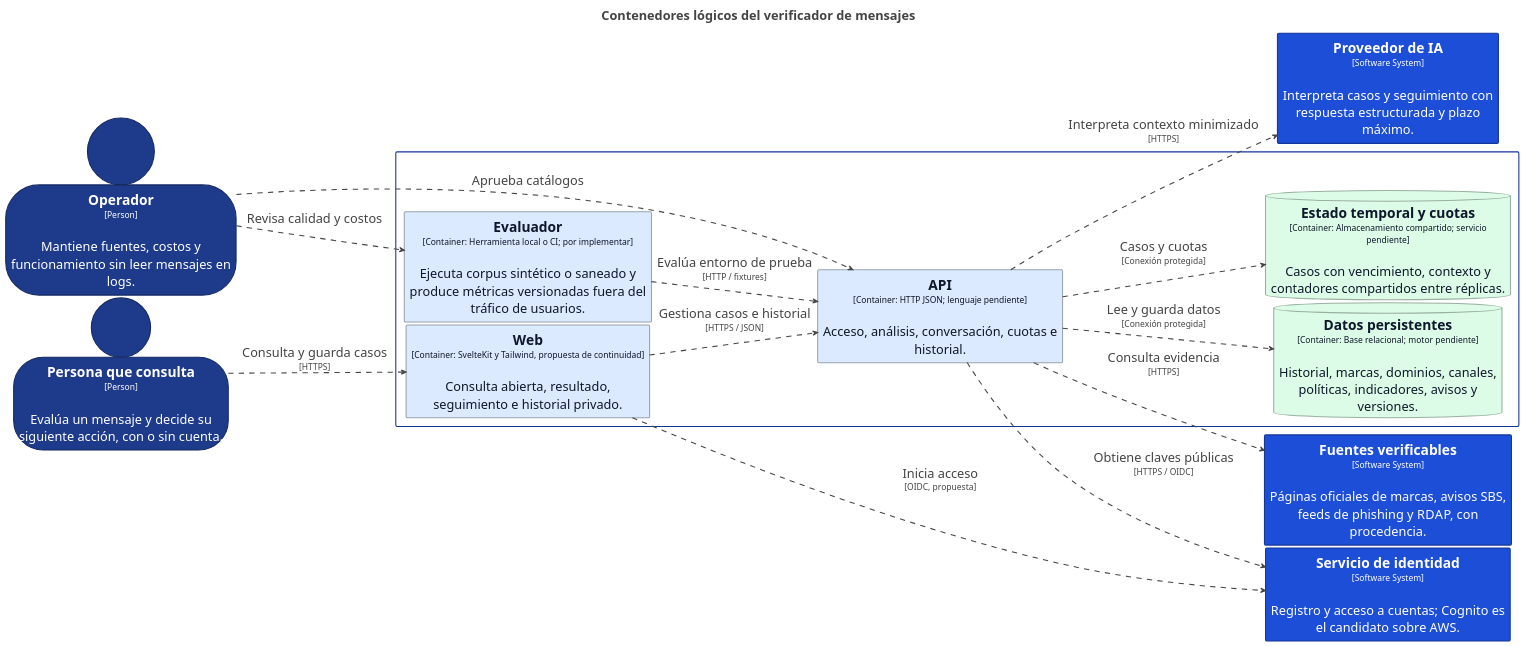
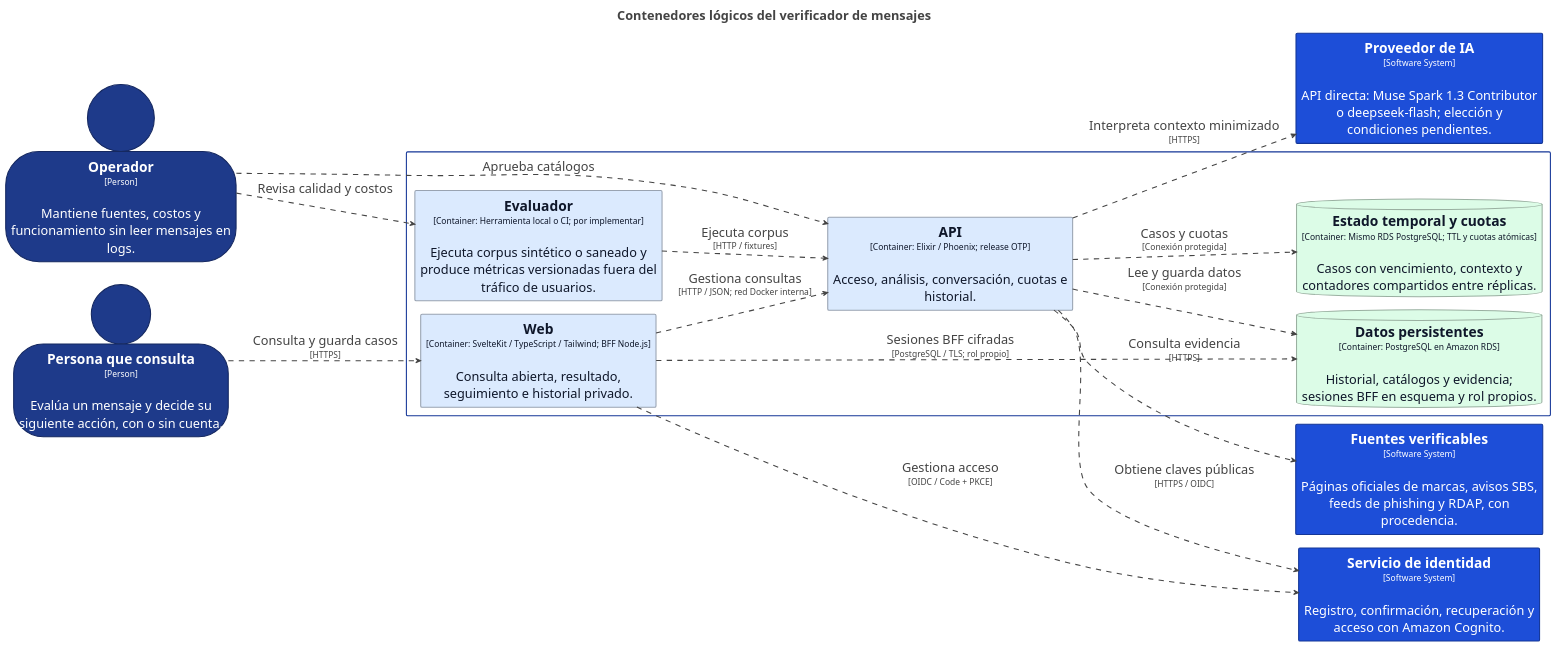
The diagram in docs/diagrams/c4/structurizr-Containers.puml (deep-skill/everyday-trust), drawn with PlantUML before and after one commit. The commit also changed 43 other files, not shown here.

```diff
--- a/docs/diagrams/c4/structurizr-Containers.puml
+++ b/docs/diagrams/c4/structurizr-Containers.puml
@@ -1,111 +1,112 @@
 @startuml
 title <size:24>Contenedores lógicos del verificador de mensajes</size>
 
 set separator none
 left to right direction
-skinparam ranksep 20
-skinparam nodesep 5
+skinparam ranksep 60
+skinparam nodesep 25
 hide stereotype
 
 <style>
   root {
     BackgroundColor: #ffffff;
     FontColor: #444444;
   }
   // Element,Container
   .Element-RWxlbWVudCxDb250YWluZXI= {
     BackgroundColor: #dbeafe;
     LineColor: #99a3b1;
     LineStyle: 0;
     LineThickness: 2;
     FontColor: #0f172a;
     FontSize: 24;
     HorizontalAlignment: center;
     Shadowing: 0;
     MaximumWidth: 450;
   }
   // Element,Container,Database
   .Element-RWxlbWVudCxDb250YWluZXIsRGF0YWJhc2U= {
     BackgroundColor: #dcfce7;
     LineColor: #9ab0a1;
     LineStyle: 0;
     LineThickness: 2;
     FontColor: #0f172a;
     FontSize: 24;
     HorizontalAlignment: center;
     Shadowing: 0;
     MaximumWidth: 450;
   }
   // Element,Person
   .Element-RWxlbWVudCxQZXJzb24= {
     BackgroundColor: #1e3a8a;
     LineColor: #152860;
     LineStyle: 0;
     LineThickness: 2;
     FontColor: #ffffff;
     FontSize: 24;
     HorizontalAlignment: center;
     Shadowing: 0;
     MaximumWidth: 450;
   }
   // Element,Software System
   .Element-RWxlbWVudCxTb2Z0d2FyZSBTeXN0ZW0= {
     BackgroundColor: #1d4ed8;
     LineColor: #143697;
     LineStyle: 0;
     LineThickness: 2;
     FontColor: #ffffff;
     FontSize: 24;
     HorizontalAlignment: center;
     Shadowing: 0;
     MaximumWidth: 450;
   }
   // Relationship
   .Relationship-UmVsYXRpb25zaGlw {
     LineThickness: 2;
     LineStyle: 10-10;
     LineColor: #444444;
     FontColor: #444444;
     FontSize: 24;
     MaximumWidth: 200;
   }
   // Verificador de mensajes
   .Boundary-VmVyaWZpY2Fkb3IgZGUgbWVuc2FqZXM= {
     BackgroundColor: #ffffff;
     LineColor: #143697;
     LineStyle: 0;
     LineThickness: 2;
     FontColor: #ffffff;
     FontSize: 24;
     HorizontalAlignment: center;
     Shadowing: 0;
   }
 </style>
 
 person "==Persona que consulta\n<size:16>[Person]</size>\n\nEvalúa un mensaje y decide su siguiente acción, con o sin cuenta." <<Element-RWxlbWVudCxQZXJzb24=>> as Personaqueconsulta
 person "==Operador\n<size:16>[Person]</size>\n\nMantiene fuentes, costos y funcionamiento sin leer mensajes en logs." <<Element-RWxlbWVudCxQZXJzb24=>> as Operador
-rectangle "==Servicio de identidad\n<size:16>[Software System]</size>\n\nRegistro y acceso a cuentas; Cognito es el candidato sobre AWS." <<Element-RWxlbWVudCxTb2Z0d2FyZSBTeXN0ZW0=>> as Serviciodeidentidad
-rectangle "==Proveedor de IA\n<size:16>[Software System]</size>\n\nInterpreta casos y seguimiento con respuesta estructurada y plazo máximo." <<Element-RWxlbWVudCxTb2Z0d2FyZSBTeXN0ZW0=>> as ProveedordeIA
+rectangle "==Servicio de identidad\n<size:16>[Software System]</size>\n\nRegistro, confirmación, recuperación y acceso con Amazon Cognito." <<Element-RWxlbWVudCxTb2Z0d2FyZSBTeXN0ZW0=>> as Serviciodeidentidad
+rectangle "==Proveedor de IA\n<size:16>[Software System]</size>\n\nAPI directa: Muse Spark 1.3 Contributor o deepseek-flash; elección y condiciones pendientes." <<Element-RWxlbWVudCxTb2Z0d2FyZSBTeXN0ZW0=>> as ProveedordeIA
 rectangle "==Fuentes verificables\n<size:16>[Software System]</size>\n\nPáginas oficiales de marcas, avisos SBS, feeds de phishing y RDAP, con procedencia." <<Element-RWxlbWVudCxTb2Z0d2FyZSBTeXN0ZW0=>> as Fuentesverificables
 
 rectangle "Verificador de mensajes\n<size:16>[Software System]</size>" <<Boundary-VmVyaWZpY2Fkb3IgZGUgbWVuc2FqZXM=>> {
-  database "==Datos persistentes\n<size:16>[Container: Base relacional; motor pendiente]</size>\n\nHistorial, marcas, dominios, canales, políticas, indicadores, avisos y versiones." <<Element-RWxlbWVudCxDb250YWluZXIsRGF0YWJhc2U=>> as Verificadordemensajes.Datospersistentes
-  database "==Estado temporal y cuotas\n<size:16>[Container: Almacenamiento compartido; servicio pendiente]</size>\n\nCasos con vencimiento, contexto y contadores compartidos entre réplicas." <<Element-RWxlbWVudCxDb250YWluZXIsRGF0YWJhc2U=>> as Verificadordemensajes.Estadotemporalycuotas
+  database "==Datos persistentes\n<size:16>[Container: PostgreSQL en Amazon RDS]</size>\n\nHistorial, catálogos y evidencia; sesiones BFF en esquema y rol propios." <<Element-RWxlbWVudCxDb250YWluZXIsRGF0YWJhc2U=>> as Verificadordemensajes.Datospersistentes
+  database "==Estado temporal y cuotas\n<size:16>[Container: Mismo RDS PostgreSQL; TTL y cuotas atómicas]</size>\n\nCasos con vencimiento, contexto y contadores compartidos entre réplicas." <<Element-RWxlbWVudCxDb250YWluZXIsRGF0YWJhc2U=>> as Verificadordemensajes.Estadotemporalycuotas
   rectangle "==Evaluador\n<size:16>[Container: Herramienta local o CI; por implementar]</size>\n\nEjecuta corpus sintético o saneado y produce métricas versionadas fuera del tráfico de usuarios." <<Element-RWxlbWVudCxDb250YWluZXI=>> as Verificadordemensajes.Evaluador
-  rectangle "==Web\n<size:16>[Container: SvelteKit y Tailwind, propuesta de continuidad]</size>\n\nConsulta abierta, resultado, seguimiento e historial privado." <<Element-RWxlbWVudCxDb250YWluZXI=>> as Verificadordemensajes.Web
-  rectangle "==API\n<size:16>[Container: HTTP JSON; lenguaje pendiente]</size>\n\nAcceso, análisis, conversación, cuotas e historial." <<Element-RWxlbWVudCxDb250YWluZXI=>> as Verificadordemensajes.API
+  rectangle "==Web\n<size:16>[Container: SvelteKit / TypeScript / Tailwind; BFF Node.js]</size>\n\nConsulta abierta, resultado, seguimiento e historial privado." <<Element-RWxlbWVudCxDb250YWluZXI=>> as Verificadordemensajes.Web
+  rectangle "==API\n<size:16>[Container: Elixir / Phoenix; release OTP]</size>\n\nAcceso, análisis, conversación, cuotas e historial." <<Element-RWxlbWVudCxDb250YWluZXI=>> as Verificadordemensajes.API
 }
 
 Personaqueconsulta --> Verificadordemensajes.Web <<Relationship-UmVsYXRpb25zaGlw>> : "Consulta y guarda casos\n<size:16>[HTTPS]</size>"
-Verificadordemensajes.Web --> Verificadordemensajes.API <<Relationship-UmVsYXRpb25zaGlw>> : "Gestiona casos e historial\n<size:16>[HTTPS / JSON]</size>"
-Verificadordemensajes.Web --> Serviciodeidentidad <<Relationship-UmVsYXRpb25zaGlw>> : "Inicia acceso\n<size:16>[OIDC, propuesta]</size>"
+Verificadordemensajes.Web --> Verificadordemensajes.API <<Relationship-UmVsYXRpb25zaGlw>> : "Gestiona consultas\n<size:16>[HTTP / JSON; red Docker interna]</size>"
+Verificadordemensajes.Web --> Serviciodeidentidad <<Relationship-UmVsYXRpb25zaGlw>> : "Gestiona acceso\n<size:16>[OIDC / Code + PKCE]</size>"
+Verificadordemensajes.Web --> Verificadordemensajes.Datospersistentes <<Relationship-UmVsYXRpb25zaGlw>> : "Sesiones BFF cifradas\n<size:16>[PostgreSQL / TLS; rol propio]</size>"
 Verificadordemensajes.API --> Serviciodeidentidad <<Relationship-UmVsYXRpb25zaGlw>> : "Obtiene claves públicas\n<size:16>[HTTPS / OIDC]</size>"
 Verificadordemensajes.API --> ProveedordeIA <<Relationship-UmVsYXRpb25zaGlw>> : "Interpreta contexto minimizado\n<size:16>[HTTPS]</size>"
 Verificadordemensajes.API --> Fuentesverificables <<Relationship-UmVsYXRpb25zaGlw>> : "Consulta evidencia\n<size:16>[HTTPS]</size>"
 Verificadordemensajes.API --> Verificadordemensajes.Datospersistentes <<Relationship-UmVsYXRpb25zaGlw>> : "Lee y guarda datos\n<size:16>[Conexión protegida]</size>"
 Verificadordemensajes.API --> Verificadordemensajes.Estadotemporalycuotas <<Relationship-UmVsYXRpb25zaGlw>> : "Casos y cuotas\n<size:16>[Conexión protegida]</size>"
 Operador --> Verificadordemensajes.Evaluador <<Relationship-UmVsYXRpb25zaGlw>> : "Revisa calidad y costos"
-Verificadordemensajes.Evaluador --> Verificadordemensajes.API <<Relationship-UmVsYXRpb25zaGlw>> : "Evalúa entorno de prueba\n<size:16>[HTTP / fixtures]</size>"
+Verificadordemensajes.Evaluador --> Verificadordemensajes.API <<Relationship-UmVsYXRpb25zaGlw>> : "Ejecuta corpus\n<size:16>[HTTP / fixtures]</size>"
 Operador --> Verificadordemensajes.API <<Relationship-UmVsYXRpb25zaGlw>> : "Aprueba catálogos"
 
 @enduml
```
